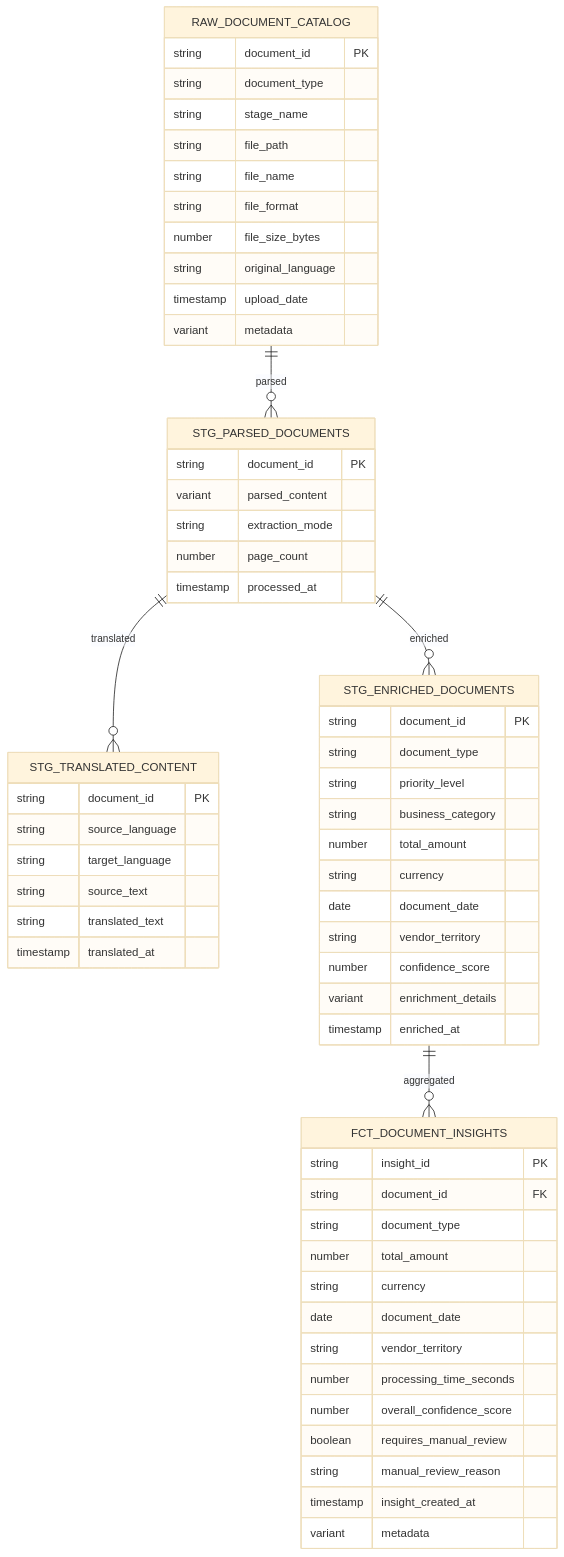
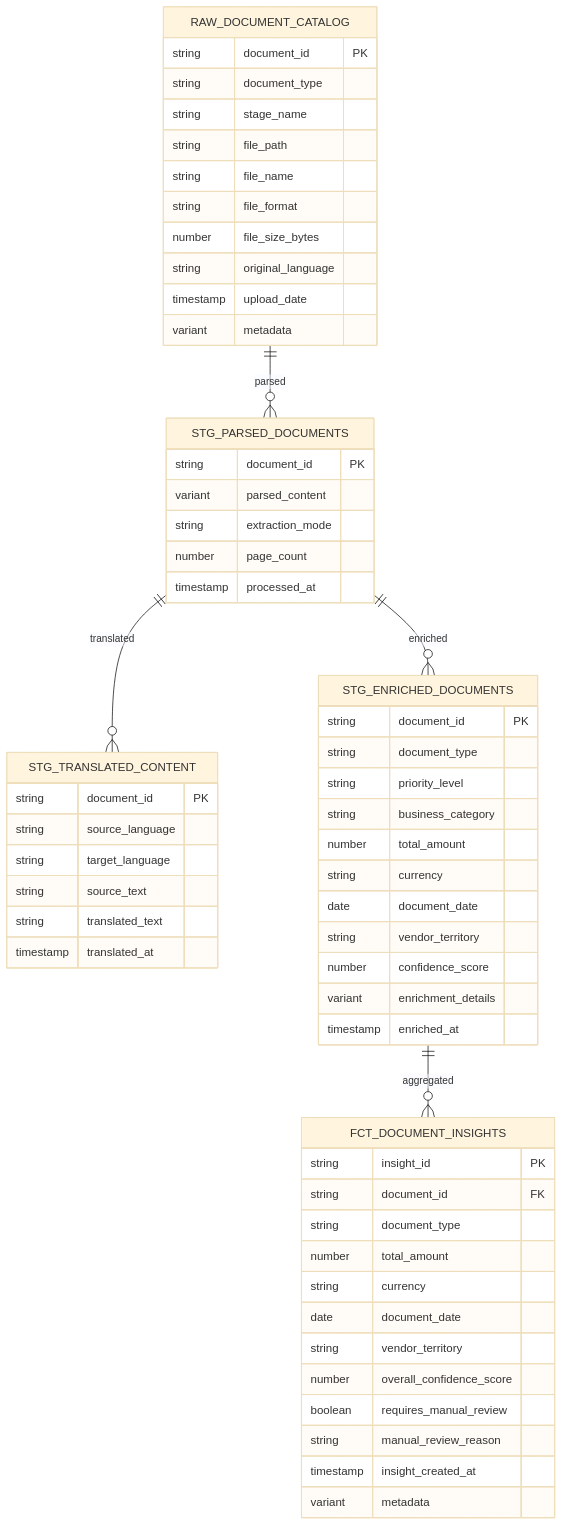
One commit to sfc-gh-miwhitaker/swiftclaw changed the diagram in diagrams/data-model.md. Above: the diagram before and after it, drawn with Mermaid (base theme). The commit also changed other lines of this file and 9 other files, not shown here.

````diff
--- a/diagrams/data-model.md
+++ b/diagrams/data-model.md
@@ -17,67 +17,66 @@
 ```mermaid
 erDiagram
     RAW_DOCUMENT_CATALOG ||--o{ STG_PARSED_DOCUMENTS : "parsed"
     STG_PARSED_DOCUMENTS ||--o{ STG_TRANSLATED_CONTENT : "translated"
     STG_PARSED_DOCUMENTS ||--o{ STG_ENRICHED_DOCUMENTS : "enriched"
     STG_ENRICHED_DOCUMENTS ||--o{ FCT_DOCUMENT_INSIGHTS : "aggregated"
 
     RAW_DOCUMENT_CATALOG {
         string document_id PK
         string document_type
         string stage_name
         string file_path
         string file_name
         string file_format
         number file_size_bytes
         string original_language
         timestamp upload_date
         variant metadata
     }
 
     STG_PARSED_DOCUMENTS {
         string document_id PK
         variant parsed_content
         string extraction_mode
         number page_count
         timestamp processed_at
     }
 
     STG_TRANSLATED_CONTENT {
         string document_id PK
         string source_language
         string target_language
         string source_text
         string translated_text
         timestamp translated_at
     }
 
     STG_ENRICHED_DOCUMENTS {
         string document_id PK
         string document_type
         string priority_level
         string business_category
         number total_amount
         string currency
         date document_date
         string vendor_territory
         number confidence_score
         variant enrichment_details
         timestamp enriched_at
     }
 
     FCT_DOCUMENT_INSIGHTS {
         string insight_id PK
         string document_id FK
         string document_type
         number total_amount
         string currency
         date document_date
         string vendor_territory
-        number processing_time_seconds
         number overall_confidence_score
         boolean requires_manual_review
         string manual_review_reason
         timestamp insight_created_at
         variant metadata
     }
 ```
````
